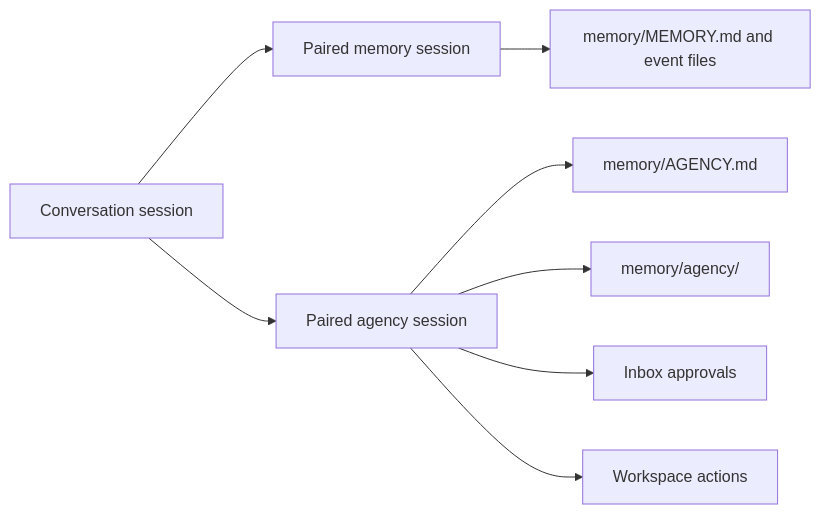
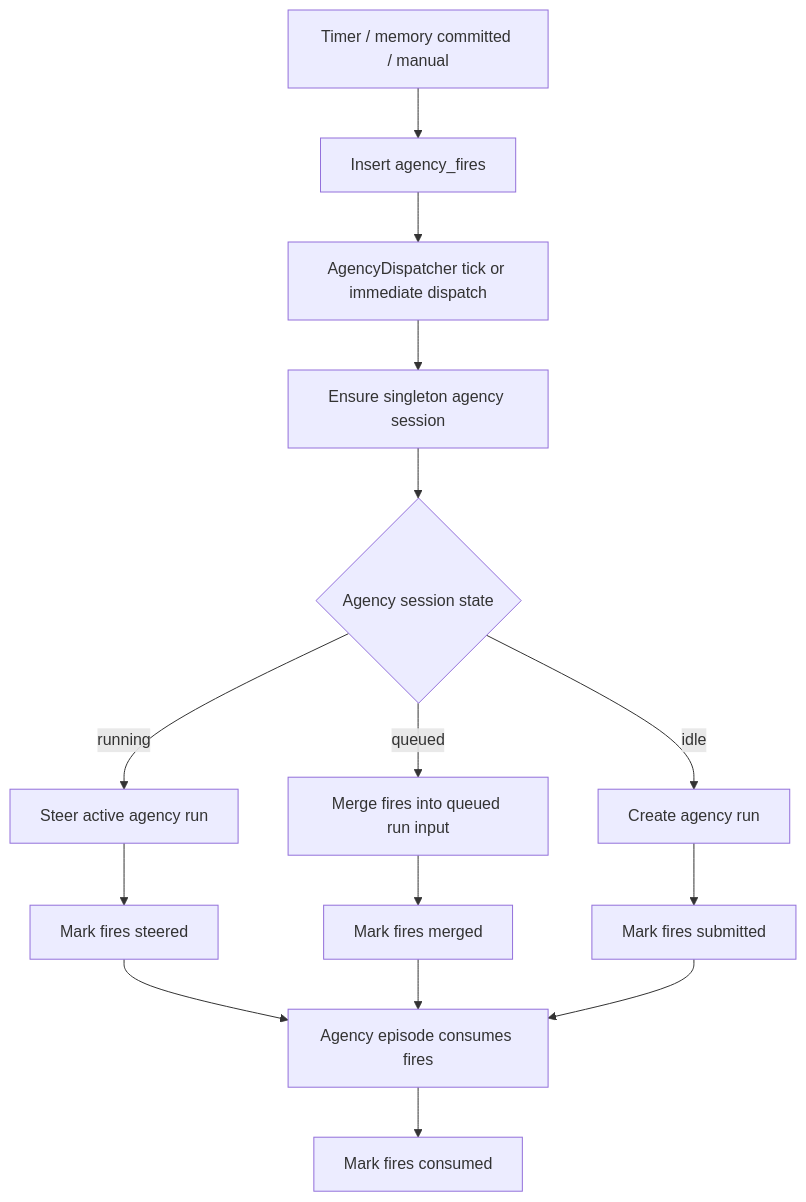
The second of 4 diagrams in packages/ya-claw/spec/11-session-agency.md (Alexsu26/ya-mono), drawn with Mermaid before and after one commit. The commit also changed other lines of this file and 28 other files, not shown here.

First line of the commit message:
feat(claw): add singleton agency runtime (#233)

````diff
--- a/packages/ya-claw/spec/11-session-agency.md
+++ b/packages/ya-claw/spec/11-session-agency.md
@@ -236,10 +212,17 @@
 ```mermaid
-flowchart LR
-    C[Conversation session] --> M[Paired memory session]
-    C --> A[Paired agency session]
-    M --> MEM[memory/MEMORY.md and event files]
-    A --> IDX[memory/AGENCY.md]
-    A --> DIR[memory/agency/]
-    A --> I[Inbox approvals]
-    A --> W[Workspace actions]
+flowchart TD
+    T[Timer / memory committed / manual] --> F[Insert agency_fires]
+    F --> D[AgencyDispatcher tick or immediate dispatch]
+    D --> S[Ensure singleton agency session]
+    S --> A{Agency session state}
+    A -->|running| R[Steer active agency run]
+    A -->|queued| M[Merge fires into queued run input]
+    A -->|idle| C[Create agency run]
+    R --> RS[Mark fires steered]
+    M --> MS[Mark fires merged]
+    C --> CS[Mark fires submitted]
+    RS --> E[Agency episode consumes fires]
+    MS --> E
+    CS --> E
+    E --> X[Mark fires consumed]
 ```
````
